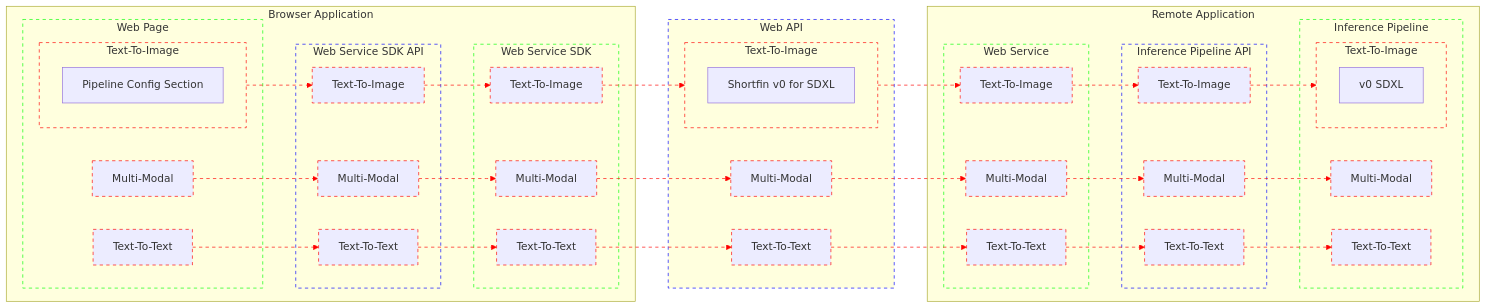
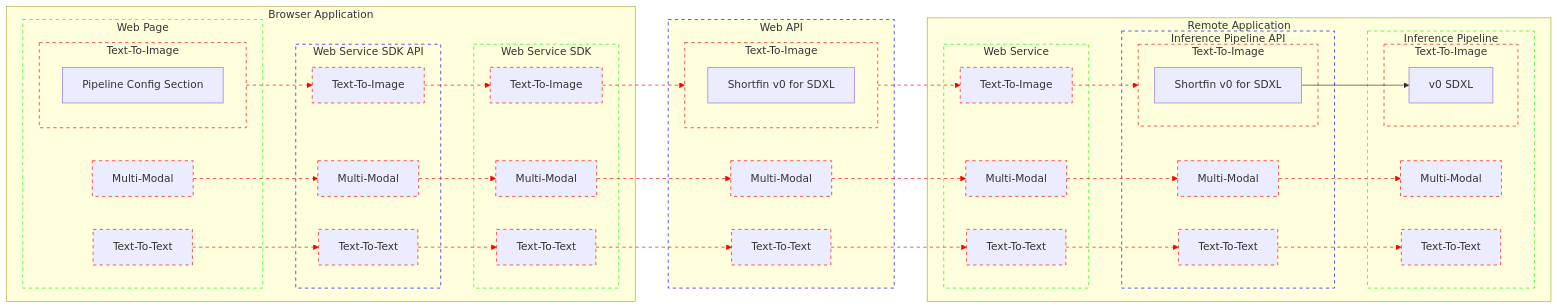
Before and after one commit to bjacobgordon/shark-ui: the diagram in docs/webAPI/architecture.mmd, drawn with Mermaid.

Commit message:
step(SDXL): declares conformance of inference pipeline to its API

```diff
--- a/docs/webAPI/architecture.mmd
+++ b/docs/webAPI/architecture.mmd
@@ -1,165 +1,166 @@
 flowchart LR
   classDef Contract          stroke: #00F, stroke-dasharray: 5
   classDef ApplicationModule stroke: #0F0, stroke-dasharray: 5
   classDef InferenceModality stroke: #F00, stroke-dasharray: 5
 
   subgraph BrowserApplication[Browser Application]
     subgraph BrowserApplication_WebPage[Web Page]
       subgraph BrowserApplication_WebPage_TextToImage[Text-To-Image]
         BrowserApplication_WebPage_TextToImage_PipelineConfigSection[Pipeline Config Section]
       end
       class BrowserApplication_WebPage_TextToImage InferenceModality
 
       BrowserApplication_WebPage_MultiModal[Multi-Modal]
       class BrowserApplication_WebPage_MultiModal InferenceModality
 
       BrowserApplication_WebPage_TextToText[Text-To-Text]
       class BrowserApplication_WebPage_TextToText InferenceModality
     end
     class BrowserApplication_WebPage ApplicationModule
 
 
     BrowserApplication_WebPage_TextToImage BrowserApplication_WebPage__TextToImage__BrowserApplication_WebServiceSDK_API@--> BrowserApplication_WebServiceSDK_API_TextToImage
     class BrowserApplication_WebPage_TextToImage InferenceModality
     class BrowserApplication_WebPage__TextToImage__BrowserApplication_WebServiceSDK_API InferenceModality
 
     BrowserApplication_WebPage_MultiModal BrowserApplication_WebPage__MultiModal__BrowserApplication_WebServiceSDK_API@--> BrowserApplication_WebServiceSDK_API_MultiModal
     class BrowserApplication_WebPage__MultiModal__BrowserApplication_WebServiceSDK_API InferenceModality
 
     BrowserApplication_WebPage_TextToText BrowserApplication_WebPage__TextToText__BrowserApplication_WebServiceSDK_API@--> BrowserApplication_WebServiceSDK_API_TextToText
     class BrowserApplication_WebPage__TextToText__BrowserApplication_WebServiceSDK_API InferenceModality
 
 
     subgraph BrowserApplication_WebServiceSDK_API[Web Service SDK API]
       BrowserApplication_WebServiceSDK_API_TextToImage[Text-To-Image]
       class BrowserApplication_WebServiceSDK_API_TextToImage InferenceModality
 
       BrowserApplication_WebServiceSDK_API_MultiModal[Multi-Modal]
       class BrowserApplication_WebServiceSDK_API_MultiModal InferenceModality
 
       BrowserApplication_WebServiceSDK_API_TextToText[Text-To-Text]
       class BrowserApplication_WebServiceSDK_API_TextToText InferenceModality
     end
     class BrowserApplication_WebServiceSDK_API Contract
 
 
     BrowserApplication_WebServiceSDK_API_TextToImage BrowserApplication_WebServiceSDK_API__TextToImage__BrowserApplication_WebServiceSDK@--> BrowserApplication_WebServiceSDK_TextToImage
     class BrowserApplication_WebServiceSDK_API__TextToImage__BrowserApplication_WebServiceSDK InferenceModality
 
     BrowserApplication_WebServiceSDK_API_MultiModal BrowserApplication_WebServiceSDK_API__MultiModal__BrowserApplication_WebServiceSDK@--> BrowserApplication_WebServiceSDK_MultiModal
     class BrowserApplication_WebServiceSDK_API__MultiModal__BrowserApplication_WebServiceSDK InferenceModality
 
     BrowserApplication_WebServiceSDK_API_TextToText BrowserApplication_WebServiceSDK_API__TextToText__BrowserApplication_WebServiceSDK@--> BrowserApplication_WebServiceSDK_TextToText
     class BrowserApplication_WebServiceSDK_API__TextToText__BrowserApplication_WebServiceSDK InferenceModality
 
 
     subgraph BrowserApplication_WebServiceSDK[Web Service SDK]
       BrowserApplication_WebServiceSDK_TextToImage[Text-To-Image]
       class BrowserApplication_WebServiceSDK_TextToImage InferenceModality
 
       BrowserApplication_WebServiceSDK_MultiModal[Multi-Modal]
       class BrowserApplication_WebServiceSDK_MultiModal InferenceModality
 
       BrowserApplication_WebServiceSDK_TextToText[Text-To-Text]
       class BrowserApplication_WebServiceSDK_TextToText InferenceModality
     end
     class BrowserApplication_WebServiceSDK ApplicationModule
   end
 
 
   BrowserApplication_WebServiceSDK_TextToImage BrowserApplication_WebServiceSDK__TextToImage__WebAPI@--> WebAPI_TextToImage
   class BrowserApplication_WebServiceSDK__TextToImage__WebAPI InferenceModality
 
   BrowserApplication_WebServiceSDK_MultiModal BrowserApplication_WebServiceSDK__MultiModal__WebAPI@--> WebAPI_MultiModal
   class BrowserApplication_WebServiceSDK__MultiModal__WebAPI InferenceModality
 
   BrowserApplication_WebServiceSDK_TextToText BrowserApplication_WebServiceSDK__TextToText__WebAPI@--> WebAPI_TextToText
   class BrowserApplication_WebServiceSDK__TextToText__WebAPI InferenceModality
 
 
   subgraph WebAPI[Web API]
     subgraph WebAPI_TextToImage[Text-To-Image]
       WebAPI_TextToImage_Shortfin_v0_SDXL[Shortfin v0 for SDXL]
     end
     class WebAPI_TextToImage InferenceModality
 
     WebAPI_MultiModal[Multi-Modal]
     class WebAPI_MultiModal InferenceModality
 
     WebAPI_TextToText[Text-To-Text]
     class WebAPI_TextToText InferenceModality
   end
   class WebAPI Contract
 
 
   WebAPI_TextToImage WebAPI__TextToImage__RemoteApplication_WebService@--> RemoteApplication_WebService_TextToImage
   class WebAPI__TextToImage__RemoteApplication_WebService InferenceModality
 
   WebAPI_MultiModal WebAPI__MultiModal__RemoteApplication_WebService@--> RemoteApplication_WebService_MultiModal
   class WebAPI__MultiModal__RemoteApplication_WebService InferenceModality
 
   WebAPI_TextToText WebAPI__TextToText__RemoteApplication_WebService@--> RemoteApplication_WebService_TextToText
   class WebAPI__TextToText__RemoteApplication_WebService InferenceModality
 
 
   subgraph RemoteApplication[Remote Application]
     subgraph RemoteApplication_WebService[Web Service]
       RemoteApplication_WebService_TextToImage[Text-To-Image]
       class RemoteApplication_WebService_TextToImage InferenceModality
 
       RemoteApplication_WebService_MultiModal[Multi-Modal]
       class RemoteApplication_WebService_MultiModal InferenceModality
 
       RemoteApplication_WebService_TextToText[Text-To-Text]
       class RemoteApplication_WebService_TextToText InferenceModality
     end
     class RemoteApplication_WebService ApplicationModule
 
 
     RemoteApplication_WebService_TextToImage RemoteApplication_WebService__TextToImage__RemoteApplication_InferencePipeline_API@--> RemoteApplication_InferencePipeline_API_TextToImage
     class RemoteApplication_WebService__TextToImage__RemoteApplication_InferencePipeline_API InferenceModality
 
     RemoteApplication_WebService_MultiModal RemoteApplication_WebService__MultiModal__RemoteApplication_InferencePipeline_API@--> RemoteApplication_InferencePipeline_API_MultiModal
     class RemoteApplication_WebService__MultiModal__RemoteApplication_InferencePipeline_API InferenceModality
 
     RemoteApplication_WebService_TextToText RemoteApplication_WebService__TextToText__RemoteApplication_InferencePipeline_API@--> RemoteApplication_InferencePipeline_API_TextToText
     class RemoteApplication_WebService__TextToText__RemoteApplication_InferencePipeline_API InferenceModality
 
 
     subgraph RemoteApplication_InferencePipeline_API[Inference Pipeline API]
-      RemoteApplication_InferencePipeline_API_TextToImage[Text-To-Image]
+      subgraph RemoteApplication_InferencePipeline_API_TextToImage[Text-To-Image]
+        RemoteApplication_InferencePipeline_API_TextToImage_Shortfin_v0_SDXL[Shortfin v0 for SDXL]
+      end
       class RemoteApplication_InferencePipeline_API_TextToImage InferenceModality
 
       RemoteApplication_InferencePipeline_API_MultiModal[Multi-Modal]
       class RemoteApplication_InferencePipeline_API_MultiModal InferenceModality
 
       RemoteApplication_InferencePipeline_API_TextToText[Text-To-Text]
       class RemoteApplication_InferencePipeline_API_TextToText InferenceModality
     end
     class RemoteApplication_InferencePipeline_API Contract
 
 
-    RemoteApplication_InferencePipeline_API_TextToImage RemoteApplication_InferencePipeline_API__TextToImage__RemoteApplication_InferencePipeline@--> RemoteApplication_InferencePipeline_TextToImage
-    class RemoteApplication_InferencePipeline_API__TextToImage__RemoteApplication_InferencePipeline InferenceModality
+    RemoteApplication_InferencePipeline_API_TextToImage_Shortfin_v0_SDXL --> RemoteApplication_InferencePipeline_TextToImage_SDXL
 
     RemoteApplication_InferencePipeline_API_MultiModal RemoteApplication_InferencePipeline_API__MultiModal__RemoteApplication_InferencePipeline@--> RemoteApplication_InferencePipeline_MultiModal
     class RemoteApplication_InferencePipeline_API__MultiModal__RemoteApplication_InferencePipeline InferenceModality
 
     RemoteApplication_InferencePipeline_API_TextToText RemoteApplication_InferencePipeline_API__TextToText__RemoteApplication_InferencePipeline@--> RemoteApplication_InferencePipeline_TextToText
     class RemoteApplication_InferencePipeline_API__TextToText__RemoteApplication_InferencePipeline InferenceModality
 
 
     subgraph RemoteApplication_InferencePipeline[Inference Pipeline]
       subgraph RemoteApplication_InferencePipeline_TextToImage[Text-To-Image]
         RemoteApplication_InferencePipeline_TextToImage_SDXL[v0 SDXL]
       end
       class RemoteApplication_InferencePipeline_TextToImage InferenceModality
 
       RemoteApplication_InferencePipeline_MultiModal[Multi-Modal]
       class RemoteApplication_InferencePipeline_MultiModal InferenceModality
 
       RemoteApplication_InferencePipeline_TextToText[Text-To-Text]
       class RemoteApplication_InferencePipeline_TextToText InferenceModality
     end
     class RemoteApplication_InferencePipeline ApplicationModule
   end
```
